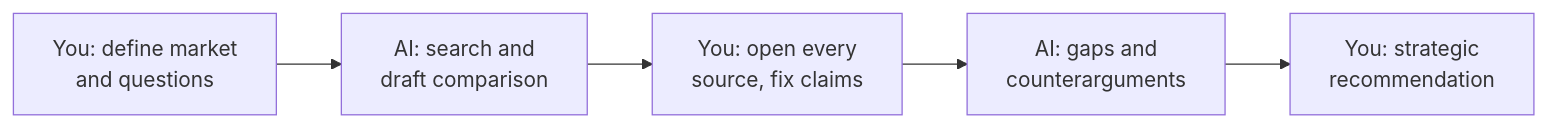
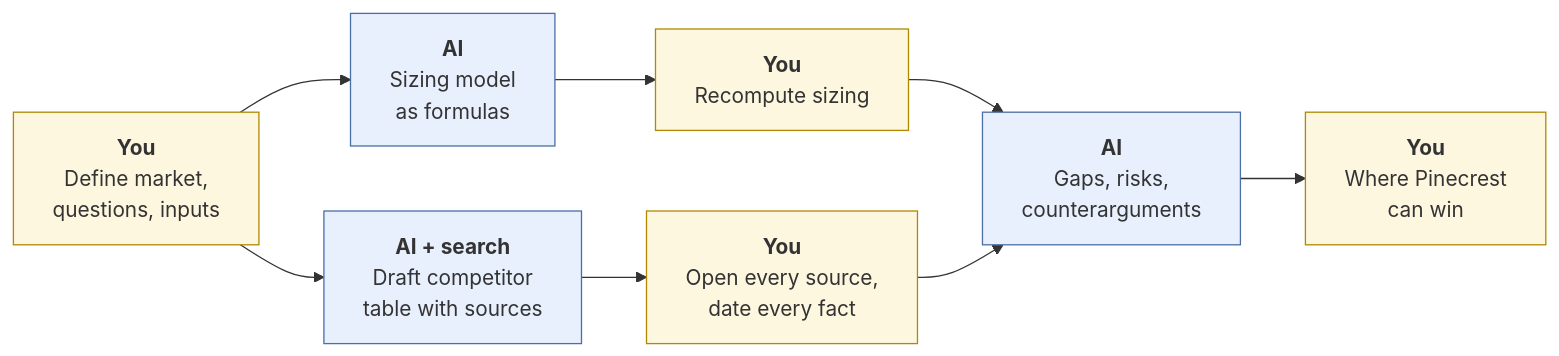
One commit to clarkngo/applied-ai-field-guide changed the first of 3 diagrams in docs/students/market-analysis.md. Above: the diagram before and after it, drawn with Mermaid. The commit also changed other lines of this file and 6 other files, not shown here.

````diff
--- a/docs/students/market-analysis.md
+++ b/docs/students/market-analysis.md
@@ -34,4 +41,14 @@
 ```mermaid
 flowchart LR
-  A["You: define market<br/>and questions"] --> B["AI: search and<br/>draft comparison"] --> C["You: open every<br/>source, fix claims"] --> D["AI: gaps and<br/>counterarguments"] --> E["You: strategic<br/>recommendation"]
+  A["<b>You</b><br/>Define market,<br/>questions, inputs"] --> B["<b>AI</b><br/>Sizing model<br/>as formulas"]
+  A --> C["<b>AI + search</b><br/>Draft competitor<br/>table with sources"]
+  B --> D["<b>You</b><br/>Recompute sizing"]
+  C --> E["<b>You</b><br/>Open every source,<br/>date every fact"]
+  D --> F["<b>AI</b><br/>Gaps, risks,<br/>counterarguments"]
+  E --> F
+  F --> G["<b>You</b><br/>Where Pinecrest<br/>can win"]
+  classDef you fill:#fef7e0,stroke:#b08900;
+  classDef ai fill:#e8f0fe,stroke:#4a6fa5;
+  class A,D,E,G you;
+  class B,C,F ai;
 ```
````
